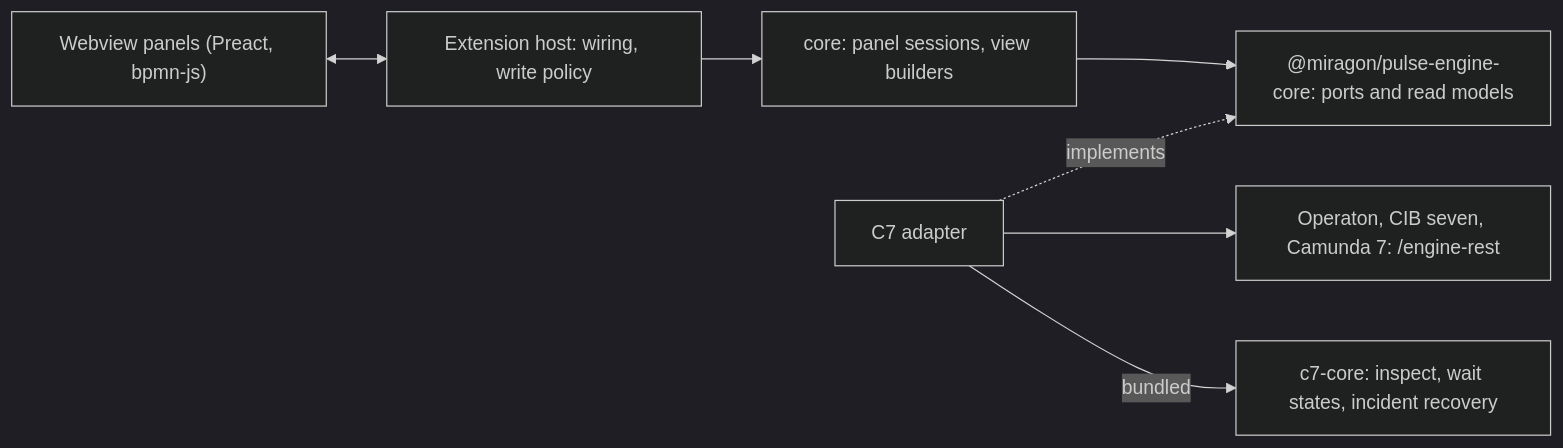
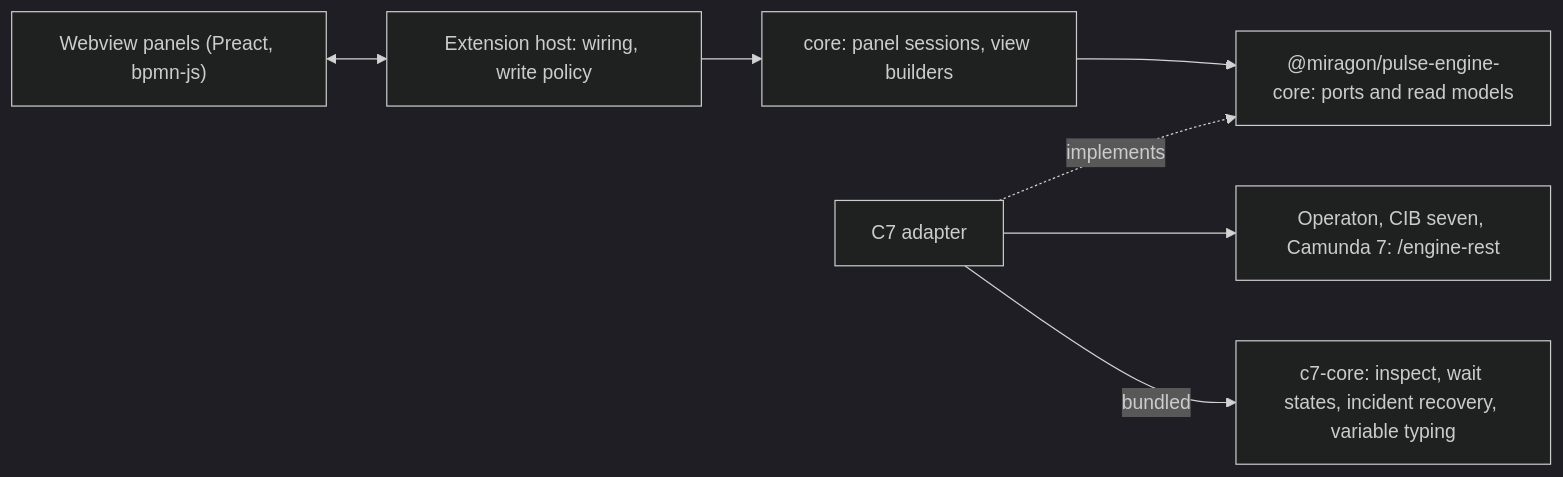
Before and after one commit to Miragon/pulse: the diagram in docs/vscode/architecture.md, drawn with Mermaid (dark theme). The commit also changed other lines of this file and 13 other files, not shown here.

````diff
--- a/docs/vscode/architecture.md
+++ b/docs/vscode/architecture.md
@@ -12,9 +12,9 @@
 ```mermaid
 flowchart LR
   webview["Webview panels (Preact, bpmn-js)"] <--> host["Extension host: wiring, write policy"]
   host --> core["core: panel sessions, view builders"]
   core --> engineCore["@miragon/pulse-engine-core: ports and read models"]
   c7["C7 adapter"] -. implements .-> engineCore
   c7 --> engines["Operaton, CIB seven, Camunda 7: /engine-rest"]
-  c7 -- bundled --> c7core["c7-core: inspect, wait states, incident recovery"]
+  c7 -- bundled --> c7core["c7-core: inspect, wait states, incident recovery, variable typing"]
 ```
````
